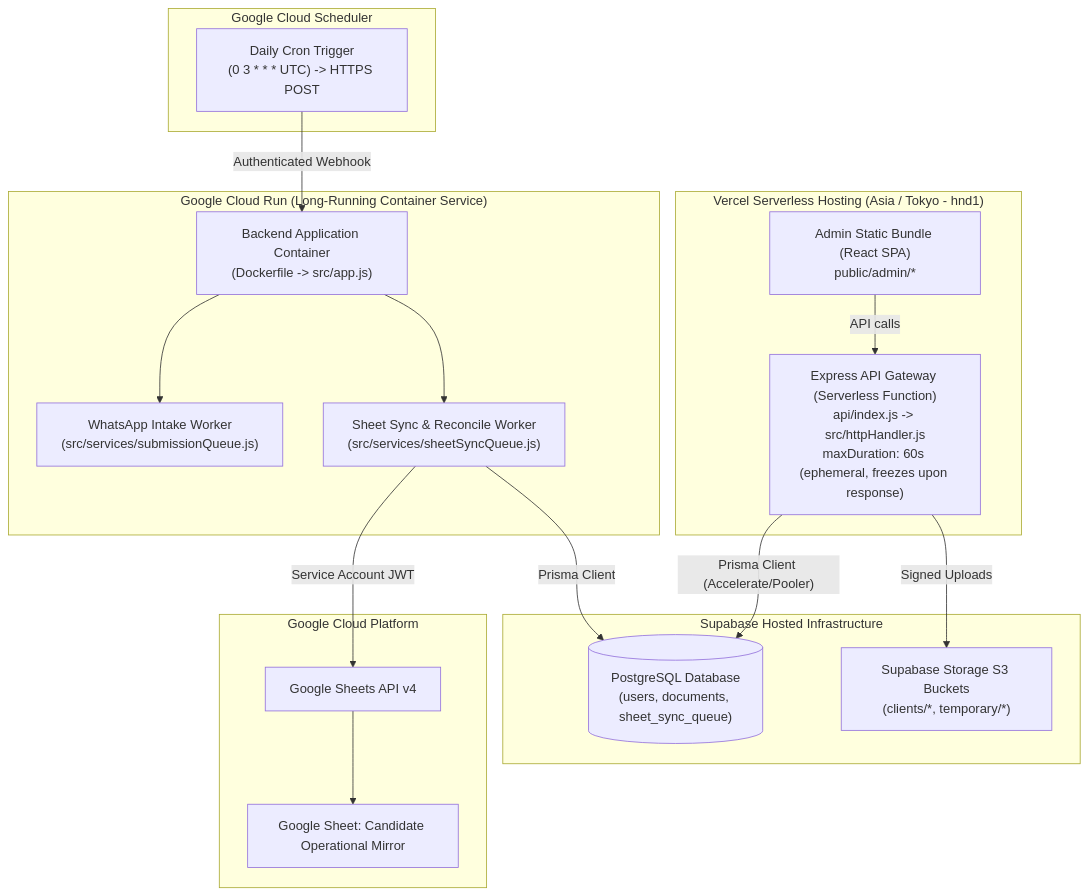
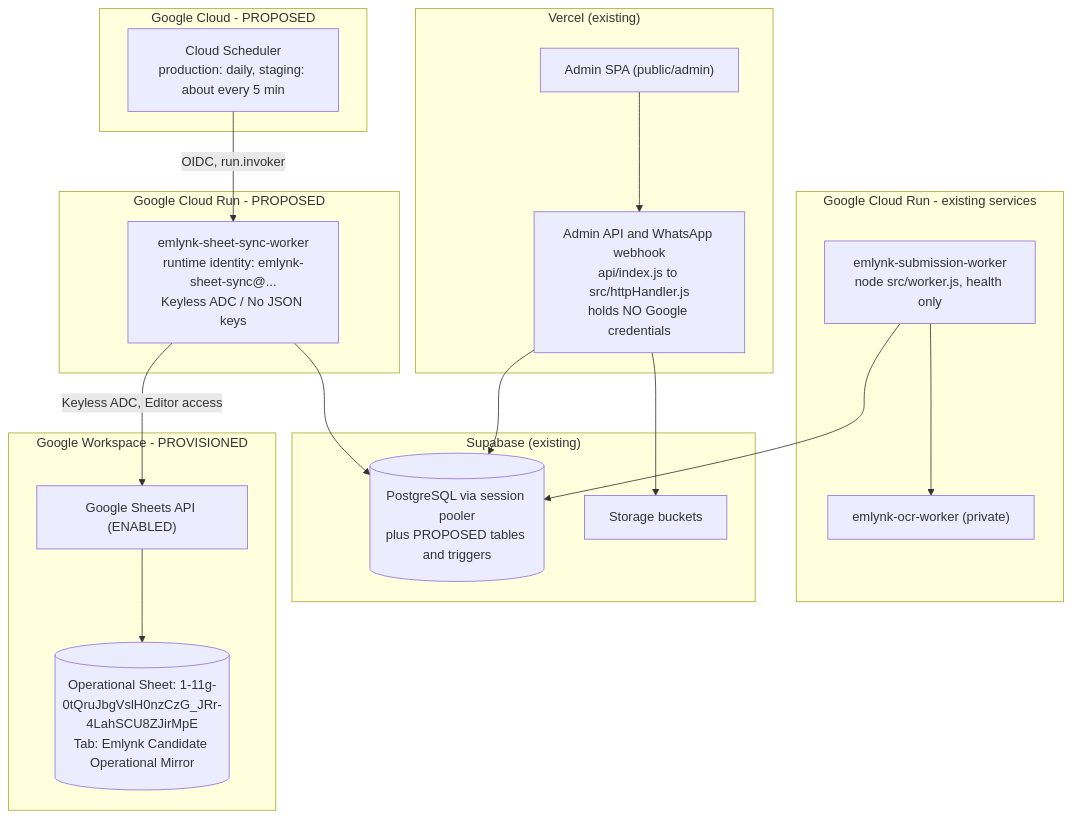
One commit to emlynk-pixel/EmlynkWABot changed the eighth of 11 diagrams in Docs/GOOGLE_SHEET_CANDIDATE_SYNC_ARCHITECTURE.md. Above: the diagram before and after it, drawn with Mermaid. The commit also changed other lines of this file, not shown here.

````diff
--- a/Docs/GOOGLE_SHEET_CANDIDATE_SYNC_ARCHITECTURE.md
+++ b/Docs/GOOGLE_SHEET_CANDIDATE_SYNC_ARCHITECTURE.md
@@ -329,39 +941,38 @@
 ```mermaid
 flowchart TD
-    subgraph VercelEnvironment ["Vercel Serverless Hosting (Asia / Tokyo - hnd1)"]
-        StaticFrontend["Admin Static Bundle (React SPA)\npublic/admin/*"]
-        VercelServerless["Express API Gateway (Serverless Function)\napi/index.js -> src/httpHandler.js\nmaxDuration: 60s (ephemeral, freezes upon response)"]
+    subgraph Vercel ["Vercel (existing)"]
+        SPA["Admin SPA (public/admin)"]
+        API["Admin API and WhatsApp webhook<br/>api/index.js to src/httpHandler.js<br/>holds NO Google credentials"]
     end
 
-    subgraph GoogleCloudRun ["Google Cloud Run (Long-Running Container Service)"]
-        DockerWorker["Backend Application Container\n(Dockerfile -> src/app.js)"]
-        SubmissionWorker["WhatsApp Intake Worker\n(src/services/submissionQueue.js)"]
-        SheetWorker["Sheet Sync & Reconcile Worker\n(src/services/sheetSyncQueue.js)"]
+    subgraph CloudRunExisting ["Google Cloud Run - existing services"]
+        SubW["emlynk-submission-worker<br/>node src/worker.js, health only"]
+        OcrW["emlynk-ocr-worker (private)"]
     end
 
-    subgraph CloudSchedulerService ["Google Cloud Scheduler"]
-        CronJob["Daily Cron Trigger\n(0 3 * * * UTC) -> HTTPS POST"]
+    subgraph CloudRunProposed ["Google Cloud Run - PROPOSED"]
+        SheetW["emlynk-sheet-sync-worker<br/>runtime identity: emlynk-sheet-sync@...<br/>Keyless ADC / No JSON keys"]
     end
 
-    subgraph SupabasePlatform ["Supabase Hosted Infrastructure"]
-        PostgresDB[("PostgreSQL Database\n(users, documents, sheet_sync_queue)")]
-        StorageBucket["Supabase Storage S3 Buckets\n(clients/*, temporary/*)"]
+    subgraph GCP ["Google Cloud - PROPOSED"]
+        Sched["Cloud Scheduler<br/>production: daily, staging: about every 5 min"]
     end
 
-    subgraph GoogleCloudPlatform ["Google Cloud Platform"]
-        GSheetsAPI["Google Sheets API v4"]
-        TargetSheet["Google Sheet: Candidate Operational Mirror"]
+    subgraph Supabase ["Supabase (existing)"]
+        PG[("PostgreSQL via session pooler<br/>plus PROPOSED tables and triggers")]
+        Store["Storage buckets"]
     end
 
-    StaticFrontend -->|"API calls"| VercelServerless
-    VercelServerless -->|"Prisma Client (Accelerate/Pooler)"| PostgresDB
-    VercelServerless -->|"Signed Uploads"| StorageBucket
+    subgraph GoogleWS ["Google Workspace - PROVISIONED"]
+        Sheets["Google Sheets API (ENABLED)"]
+        Sheet[("Operational Sheet: 1-11g-0tQruJbgVslH0nzCzG_JRr-4LahSCU8ZJirMpE<br/>Tab: Emlynk Candidate Operational Mirror")]
+    end
 
-    CronJob -->|"Authenticated Webhook"| DockerWorker
-    DockerWorker --> SubmissionWorker
-    DockerWorker --> SheetWorker
-
-    SheetWorker -->|"Prisma Client"| PostgresDB
-    SheetWorker -->|"Service Account JWT"| GSheetsAPI
-    GSheetsAPI --> TargetSheet
+    SPA --> API --> PG
+    API --> Store
+    SubW --> PG
+    SubW --> OcrW
+    Sched -->|"OIDC, run.invoker"| SheetW
+    SheetW --> PG
+    SheetW -->|"Keyless ADC, Editor access"| Sheets --> Sheet
 ```
````
